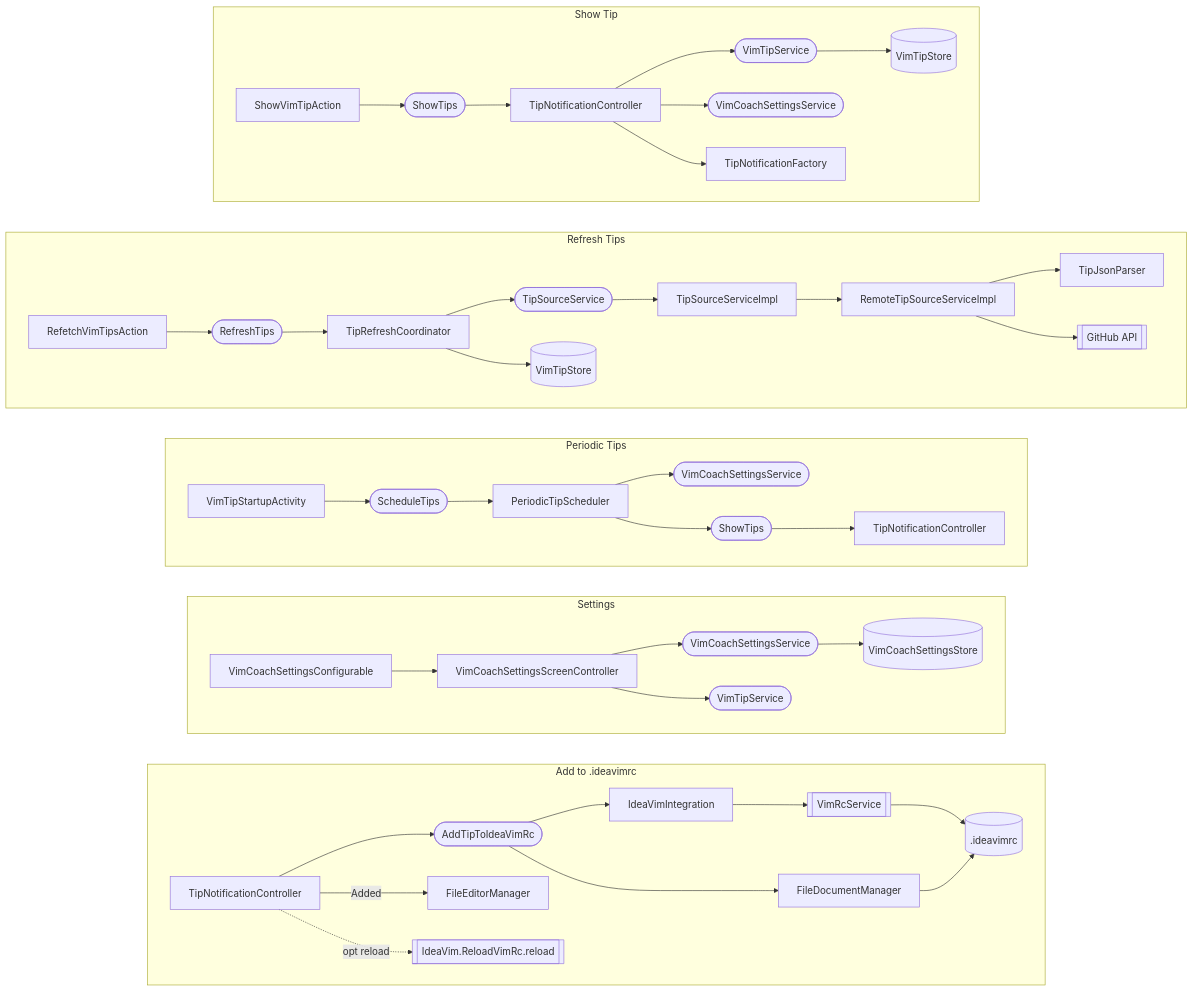
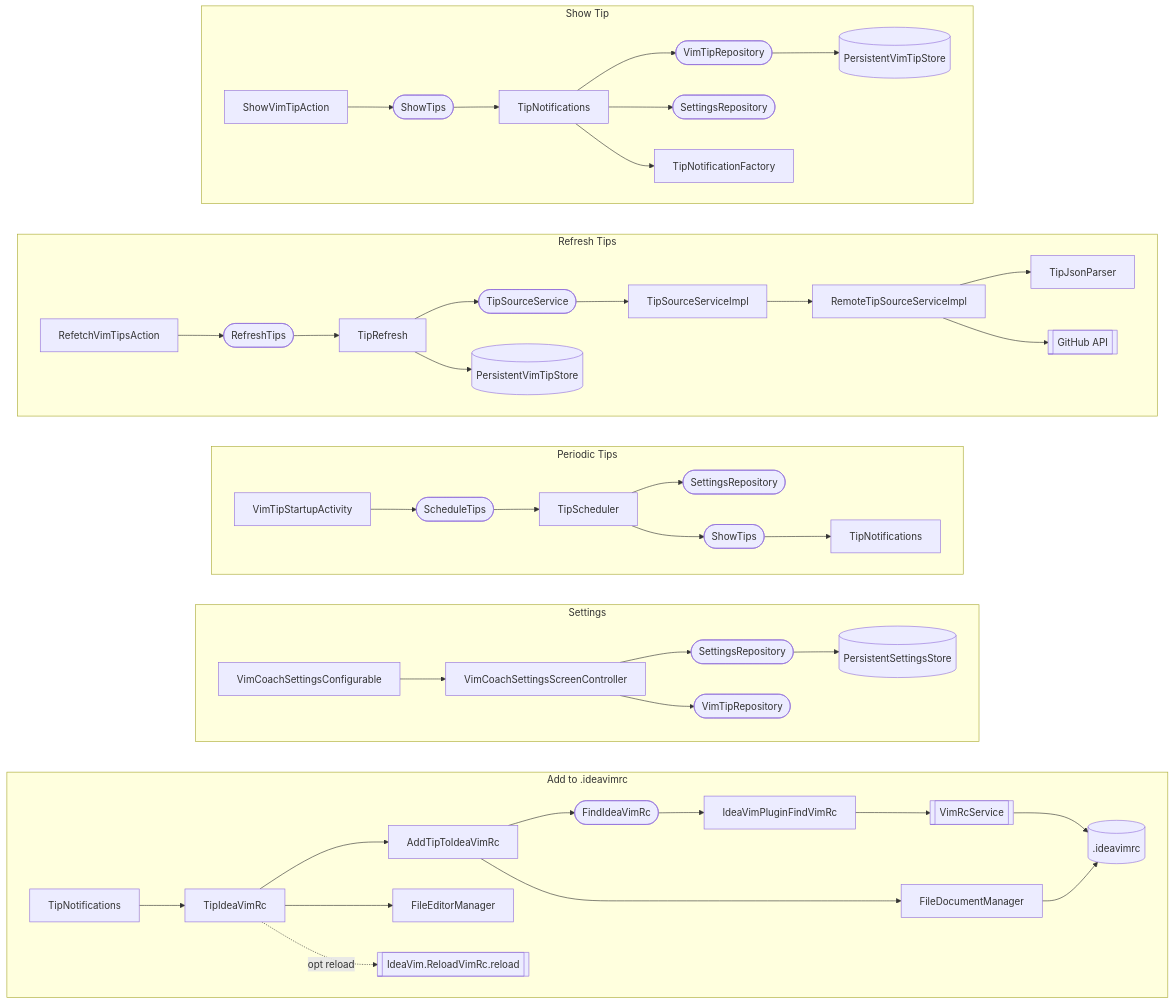
The diagram in docs/architecture/slices.md (pooryam92/vim-coach), drawn with Mermaid before and after one commit. The commit also changed 5 other files, not shown here.

````diff
--- a/docs/architecture/slices.md
+++ b/docs/architecture/slices.md
@@ -5,76 +5,79 @@
 ```mermaid
 graph TD
     subgraph showTip["Show Tip"]
         direction LR
         A1[ShowVimTipAction]
         A2([ShowTips])
-        A3[TipNotificationController]
-        A4([VimTipService])
-        A5([VimCoachSettingsService])
+        A3[TipNotifications]
+        A4([VimTipRepository])
+        A5([SettingsRepository])
         A6[TipNotificationFactory]
-        A7[(VimTipStore)]
+        A7[(PersistentVimTipStore)]
         A1 --> A2 --> A3
         A3 --> A4 & A5 & A6
         A4 --> A7
     end
 
     subgraph refresh["Refresh Tips"]
         direction LR
         B1[RefetchVimTipsAction]
         B2([RefreshTips])
-        B3[TipRefreshCoordinator]
+        B3[TipRefresh]
         B4([TipSourceService])
         B5[TipSourceServiceImpl]
         B6[RemoteTipSourceServiceImpl]
         B7[TipJsonParser]
         B8[[GitHub API]]
-        B9[(VimTipStore)]
+        B9[(PersistentVimTipStore)]
         B1 --> B2 --> B3
         B3 --> B4 & B9
         B4 --> B5 --> B6
         B6 --> B7 & B8
     end
 
     subgraph periodic["Periodic Tips"]
         direction LR
         C1[VimTipStartupActivity]
         C2([ScheduleTips])
-        C3[PeriodicTipScheduler]
-        C4([VimCoachSettingsService])
+        C3[TipScheduler]
+        C4([SettingsRepository])
         C5([ShowTips])
-        C6[TipNotificationController]
+        C6[TipNotifications]
         C1 --> C2 --> C3
         C3 --> C4 & C5
         C5 --> C6
     end
 
     subgraph settings["Settings"]
         direction LR
         D1[VimCoachSettingsConfigurable]
         D2[VimCoachSettingsScreenController]
-        D3([VimCoachSettingsService])
-        D4([VimTipService])
-        D5[(VimCoachSettingsStore)]
+        D3([SettingsRepository])
+        D4([VimTipRepository])
+        D5[(PersistentSettingsStore)]
         D1 --> D2
         D2 --> D3 & D4
         D3 --> D5
     end
 
     subgraph ideavimrc["Add to .ideavimrc"]
         direction LR
-        E1[TipNotificationController]
-        E2([AddTipToIdeaVimRc])
-        E3[IdeaVimIntegration]
-        E4[[VimRcService]]
-        E5[(.ideavimrc)]
-        E6[FileDocumentManager]
-        E7[FileEditorManager]
-        E8[[IdeaVim.ReloadVimRc.reload]]
-        E1 --> E2 --> E3 --> E4 --> E5
-        E2 --> E6 --> E5
-        E1 -->|Added| E7
-        E1 -.->|opt reload| E8
+        E1[TipNotifications]
+        E2[TipIdeaVimRc]
+        E3[AddTipToIdeaVimRc]
+        E4([FindIdeaVimRc])
+        E5[IdeaVimPluginFindVimRc]
+        E6[[VimRcService]]
+        E7[(.ideavimrc)]
+        E8[FileDocumentManager]
+        E9[FileEditorManager]
+        E10[[IdeaVim.ReloadVimRc.reload]]
+        E1 --> E2 --> E3
+        E3 --> E4 --> E5 --> E6 --> E7
+        E3 --> E8 --> E7
+        E2 --> E9
+        E2 -.->|opt reload| E10
     end
 
     showTip ~~~ refresh ~~~ periodic ~~~ settings ~~~ ideavimrc
 ```
````
